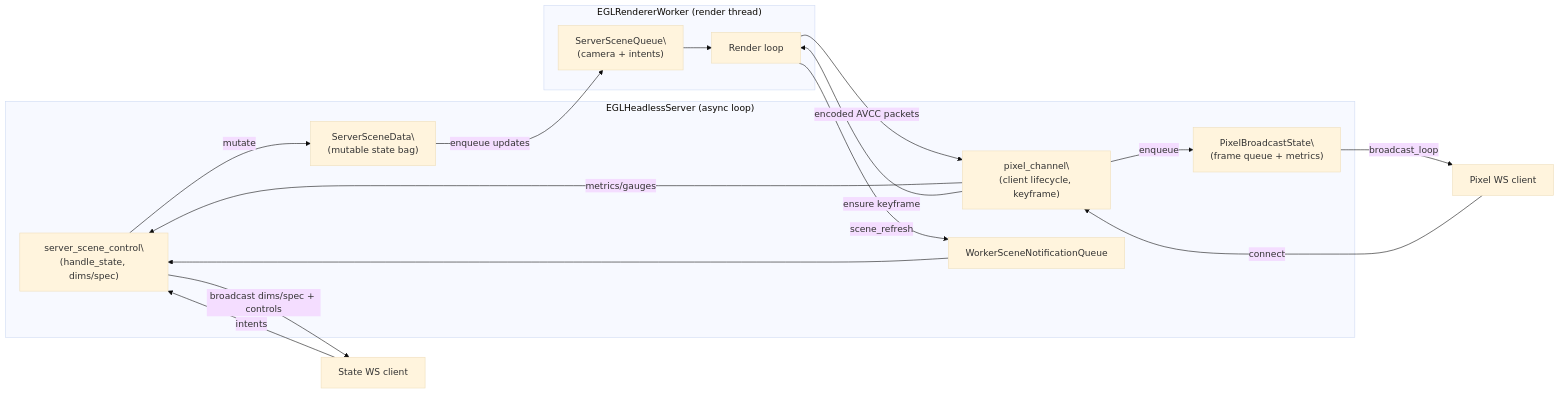
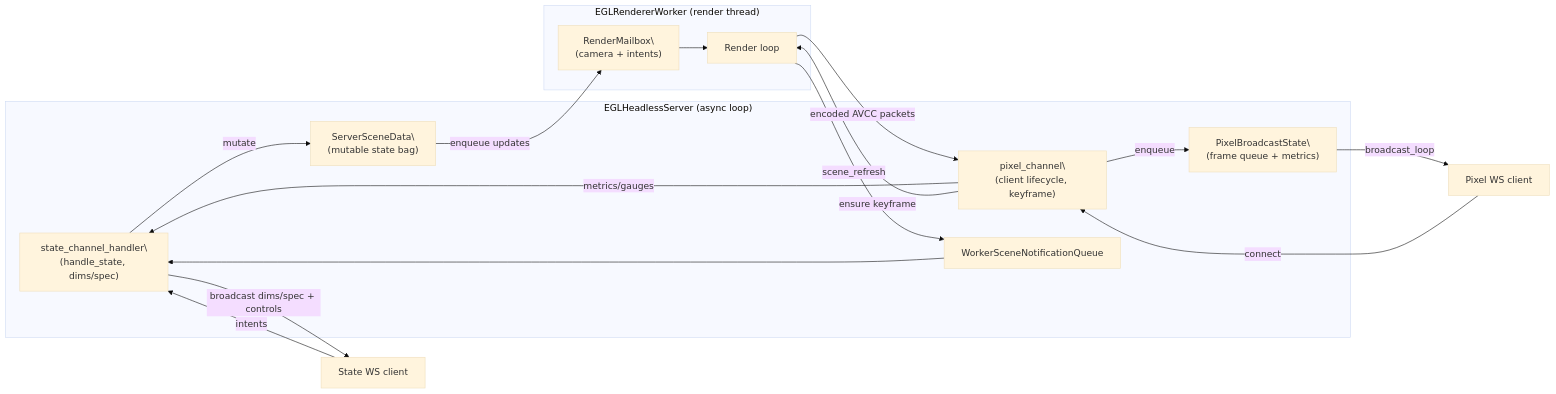
Before and after one commit to kirjner/napari-cuda: the diagram in docs/server_architecture.md, drawn with Mermaid (base theme). The commit also changed other lines of this file and 21 other files, not shown here.

Commit message:
Replace server scene queue with render mailbox

````diff
--- a/docs/server_architecture.md
+++ b/docs/server_architecture.md
@@ -104,33 +104,33 @@
 ```mermaid
 graph LR
     subgraph AsyncLoop["EGLHeadlessServer (async loop)"]
-        SSC["server_scene_control\\n(handle_state, dims/spec)"]
+        SSC["state_channel_handler\\n(handle_state, dims/spec)"]
         PCH["pixel_channel\\n(client lifecycle, keyframe)"]
         SceneBag["ServerSceneData\\n(mutable state bag)"]
         PixelBag["PixelBroadcastState\\n(frame queue + metrics)"]
         WQueue["WorkerSceneNotificationQueue"]
     end
 
     subgraph WorkerThread["EGLRendererWorker (render thread)"]
         Worker["Render loop"]
-        SceneQueue["ServerSceneQueue\\n(camera + intents)"]
+        SceneQueue["RenderMailbox\\n(camera + intents)"]
     end
 
     StateClient["State WS client"]
     PixelClient["Pixel WS client"]
 
     StateClient -->|intents| SSC
     SSC -->|mutate| SceneBag
     SSC -->|broadcast dims/spec + controls| StateClient
     SceneBag -->|enqueue updates| SceneQueue
     SceneQueue --> Worker
     Worker -->|scene_refresh| WQueue
     WQueue --> SSC
 
     PixelClient -->|connect| PCH
     PCH -->|metrics/gauges| SSC
     Worker -->|encoded AVCC packets| PCH
     PCH -->|enqueue| PixelBag
     PixelBag -->|broadcast_loop| PixelClient
     PCH -->|ensure keyframe| Worker
 ```
````
